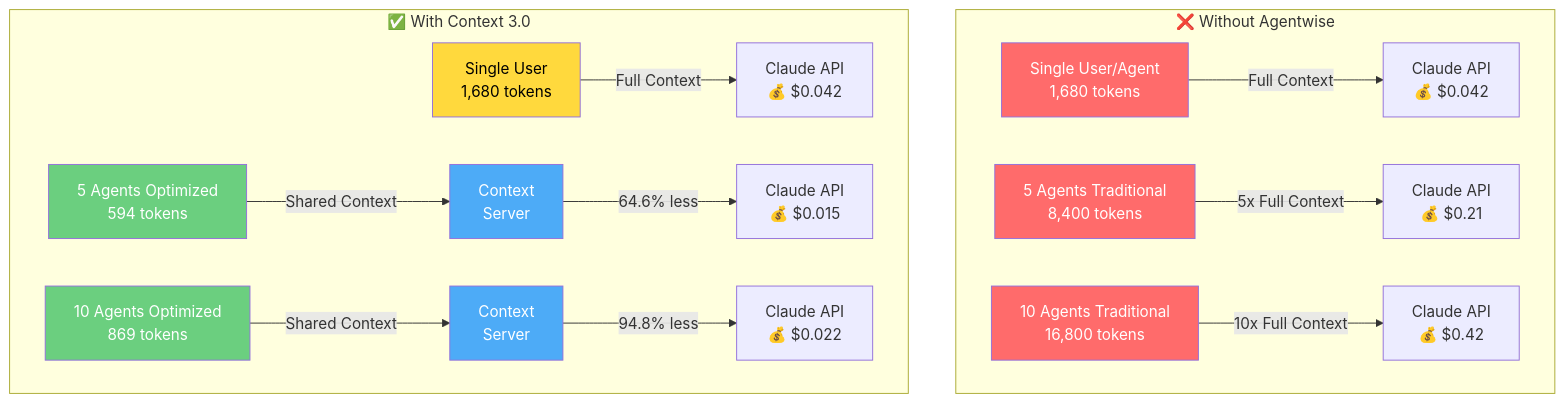
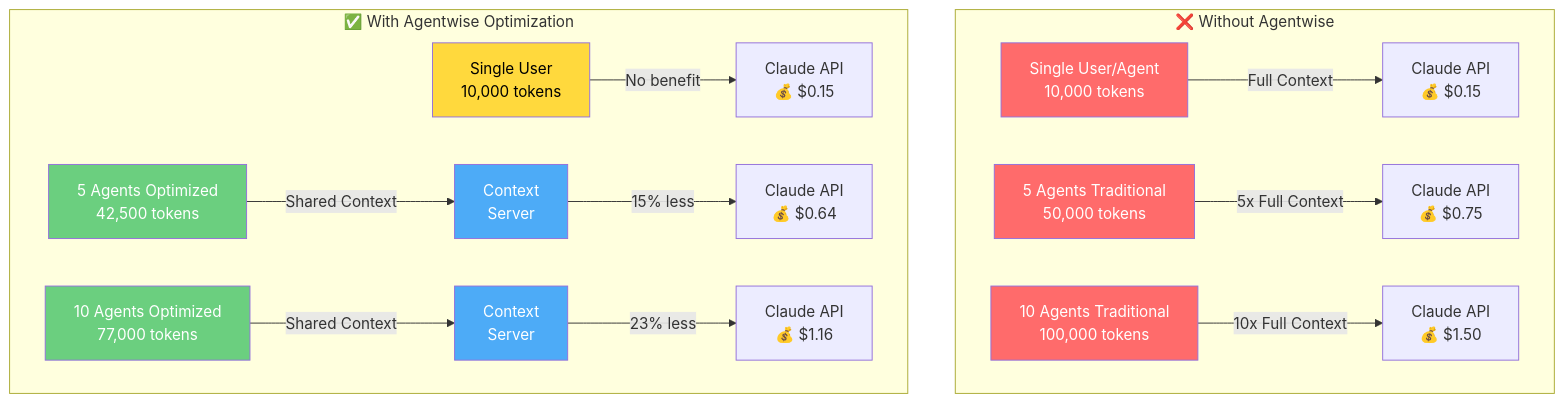
The first of 3 diagrams in README.md (VibeCodingWithPhil/agentwise), drawn with Mermaid before and after one commit. The commit also changed other lines of this file, not shown here.

First line of the commit message:
Fix misleading graph title and single-agent claims

````diff
--- a/README.md
+++ b/README.md
@@ -350,35 +352,35 @@
 ```mermaid
 graph TB
     subgraph "❌ Without Agentwise"
-        A1[Single User/Agent<br/>1,680 tokens]
-        A1 -->|Full Context| API1[Claude API<br/>💰 $0.042]
+        A1[Single User/Agent<br/>10,000 tokens]
+        A1 -->|Full Context| API1[Claude API<br/>💰 $0.15]
         
-        B1[5 Agents Traditional<br/>8,400 tokens]
-        B1 -->|5x Full Context| API2[Claude API<br/>💰 $0.21]
+        B1[5 Agents Traditional<br/>50,000 tokens]
+        B1 -->|5x Full Context| API2[Claude API<br/>💰 $0.75]
         
-        C1[10 Agents Traditional<br/>16,800 tokens]
-        C1 -->|10x Full Context| API3[Claude API<br/>💰 $0.42]
+        C1[10 Agents Traditional<br/>100,000 tokens]
+        C1 -->|10x Full Context| API3[Claude API<br/>💰 $1.50]
     end
     
-    subgraph "✅ With Context 3.0"
-        D1[Single User<br/>1,680 tokens]
-        D1 -->|Full Context| API4[Claude API<br/>💰 $0.042]
+    subgraph "✅ With Agentwise Optimization"
+        D1[Single User<br/>10,000 tokens]
+        D1 -->|No benefit| API4[Claude API<br/>💰 $0.15]
         
-        E1[5 Agents Optimized<br/>594 tokens]
+        E1[5 Agents Optimized<br/>42,500 tokens]
         E1 -->|Shared Context| SC1[Context<br/>Server]
-        SC1 -->|64.6% less| API5[Claude API<br/>💰 $0.015]
+        SC1 -->|15% less| API5[Claude API<br/>💰 $0.64]
         
-        F1[10 Agents Optimized<br/>869 tokens]
+        F1[10 Agents Optimized<br/>77,000 tokens]
         F1 -->|Shared Context| SC2[Context<br/>Server]
-        SC2 -->|94.8% less| API6[Claude API<br/>💰 $0.022]
+        SC2 -->|23% less| API6[Claude API<br/>💰 $1.16]
     end
     
     style A1 fill:#ff6b6b,color:#fff
     style B1 fill:#ff6b6b,color:#fff
     style C1 fill:#ff6b6b,color:#fff
     style D1 fill:#ffd93d,color:#000
     style E1 fill:#6bcf7f,color:#fff
     style F1 fill:#6bcf7f,color:#fff
     style SC1 fill:#4dabf7,color:#fff
     style SC2 fill:#4dabf7,color:#fff
 ```
````
